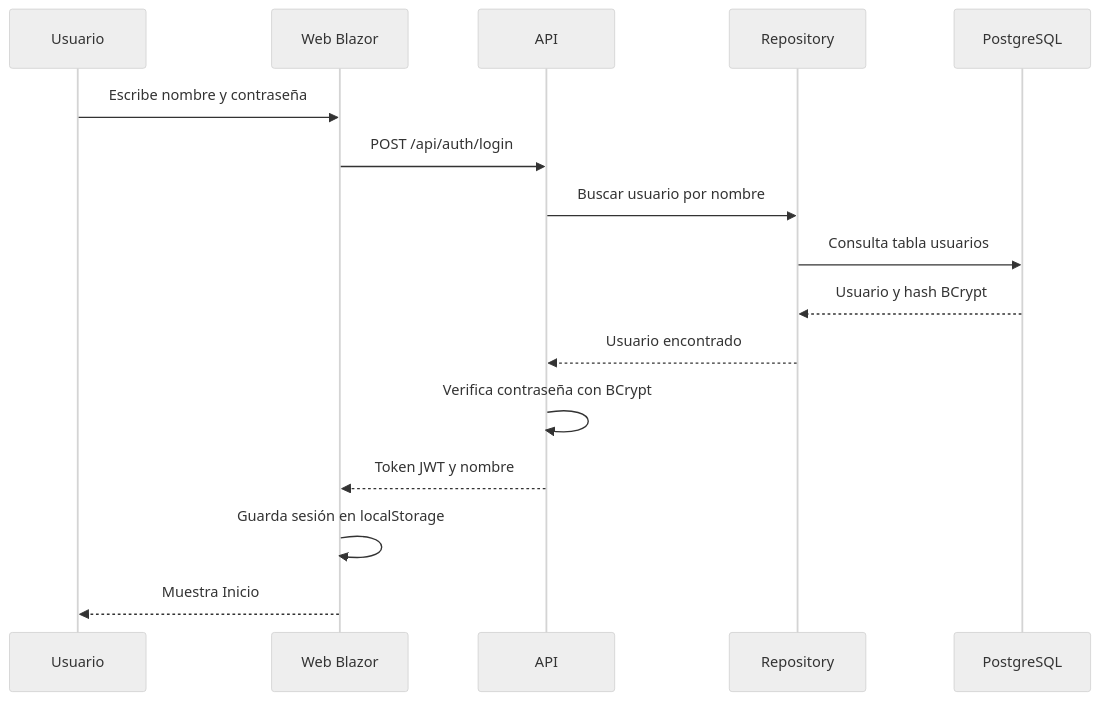
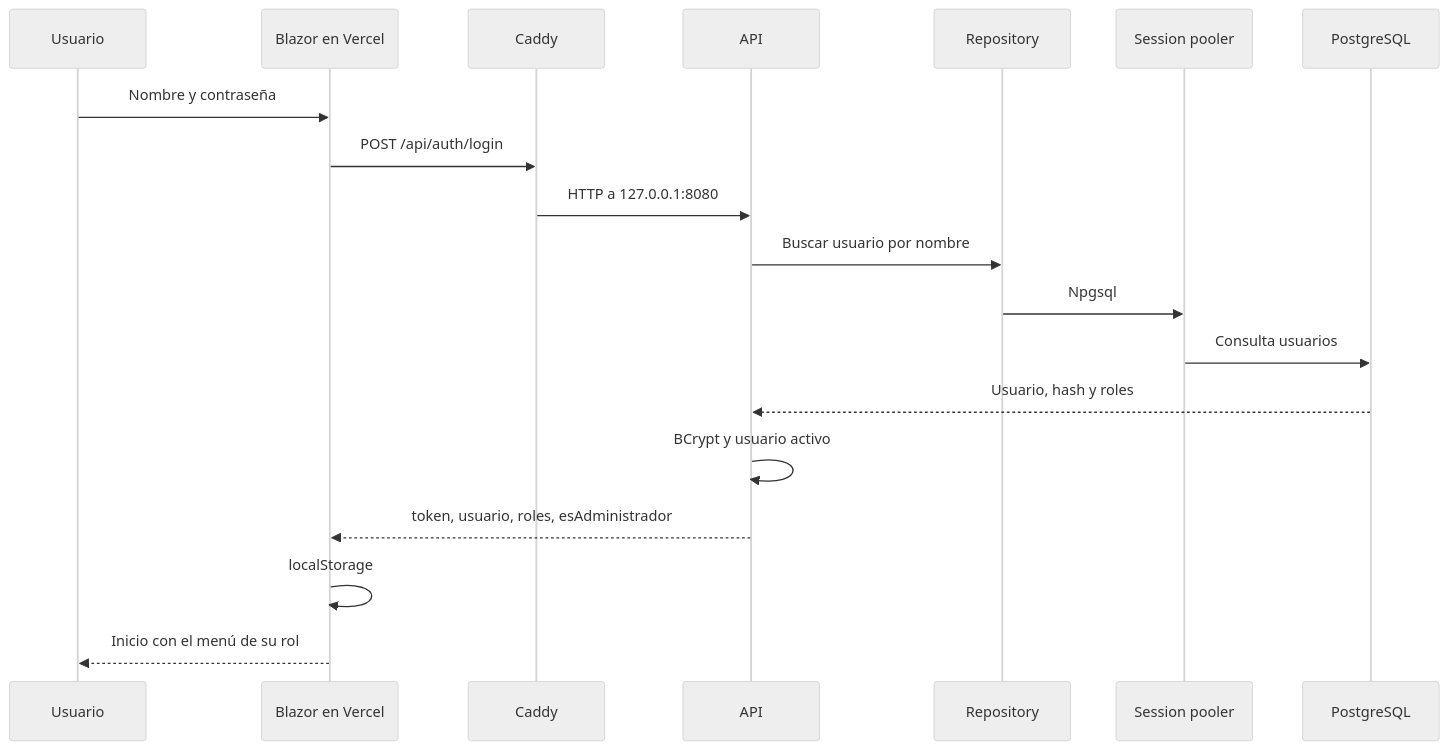
Before and after one commit to Renealvarezzz/AutoBrillo: the second of 2 diagrams in docs/arquitectura.md, drawn with Mermaid (neutral theme). The commit also changed other lines of this file and 11 other files, not shown here.

````diff
--- a/docs/arquitectura.md
+++ b/docs/arquitectura.md
@@ -64,19 +80,22 @@
 ```mermaid
 sequenceDiagram
     participant U as Usuario
-    participant W as Web Blazor
+    participant W as Blazor en Vercel
+    participant C as Caddy
     participant A as API
     participant R as Repository
+    participant P as Session pooler
     participant DB as PostgreSQL
 
-    U->>W: Escribe nombre y contraseña
-    W->>A: POST /api/auth/login
+    U->>W: Nombre y contraseña
+    W->>C: POST /api/auth/login
+    C->>A: HTTP a 127.0.0.1:8080
     A->>R: Buscar usuario por nombre
-    R->>DB: Consulta tabla usuarios
-    DB-->>R: Usuario y hash BCrypt
-    R-->>A: Usuario encontrado
-    A->>A: Verifica contraseña con BCrypt
-    A-->>W: Token JWT y nombre
-    W->>W: Guarda sesión en localStorage
-    W-->>U: Muestra Inicio
+    R->>P: Npgsql
+    P->>DB: Consulta usuarios
+    DB-->>A: Usuario, hash y roles
+    A->>A: BCrypt y usuario activo
+    A-->>W: token, usuario, roles, esAdministrador
+    W->>W: localStorage
+    W-->>U: Inicio con el menú de su rol
 ```
````
